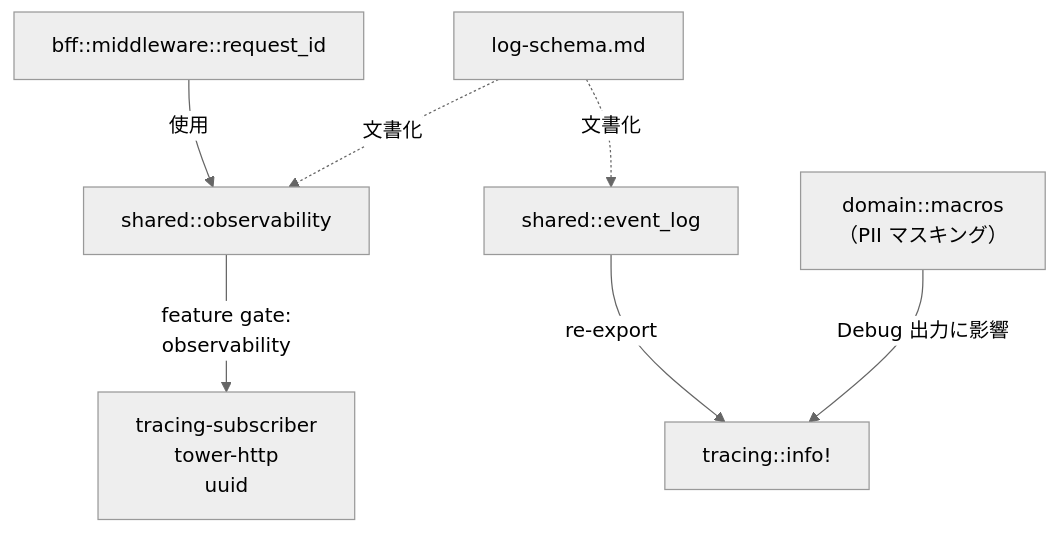
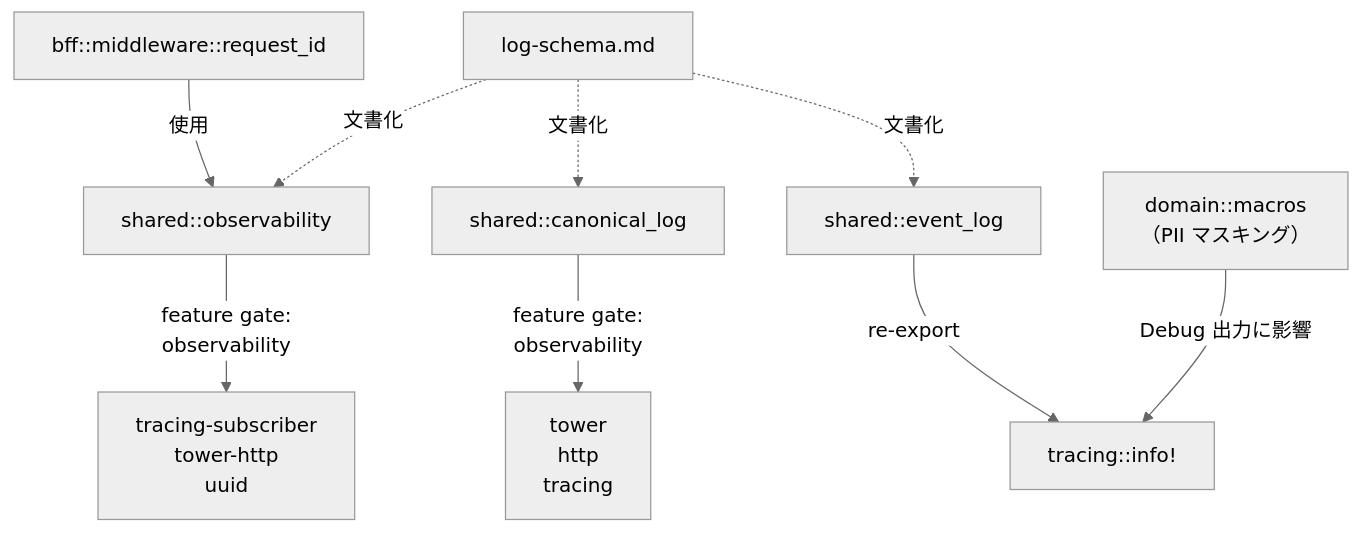
Before and after one commit to ka2kama/ringiflow: the sixth of 6 diagrams in docs/03_詳細設計書/14_Observability設計.md, drawn with Mermaid (neutral theme). The commit also changed other lines of this file and 11 other files, not shown here.

First line of the commit message:
#942 Introduce canonical log lines for HTTP requests (#950)

````diff
--- a/docs/03_詳細設計書/14_Observability設計.md
+++ b/docs/03_詳細設計書/14_Observability設計.md
@@ -706,15 +760,18 @@
 ```mermaid
 flowchart TB
     Obs["shared::observability"]
+    Canon["shared::canonical_log"]
     Evt["shared::event_log"]
     Macros["domain::macros<br/>（PII マスキング）"]
     ReqId["bff::middleware::request_id"]
     Schema["log-schema.md"]
 
     Obs -->|"feature gate:<br/>observability"| Subscriber["tracing-subscriber<br/>tower-http<br/>uuid"]
+    Canon -->|"feature gate:<br/>observability"| Tower["tower<br/>http<br/>tracing"]
     Evt -->|"re-export"| Tracing["tracing::info!"]
     ReqId -->|"使用"| Obs
     Schema -.->|"文書化"| Obs
+    Schema -.->|"文書化"| Canon
     Schema -.->|"文書化"| Evt
     Macros -->|"Debug 出力に影響"| Tracing
 ```
````
